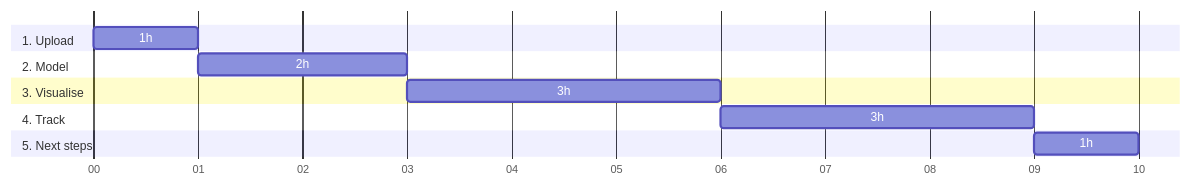
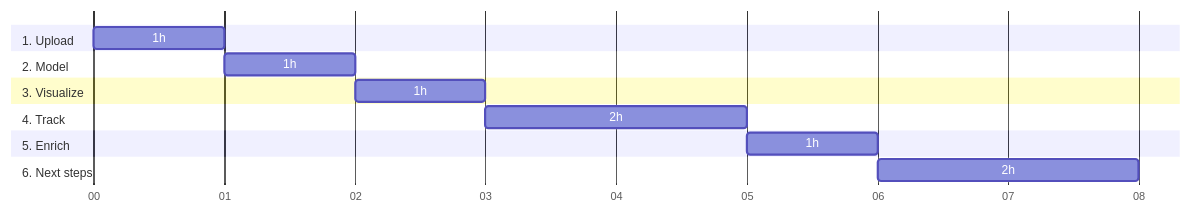
One commit to snowplow-incubator/data-product-accelerators changed the diagram in content/web/_index.md. Above: the diagram before and after it, drawn with Mermaid. The commit also changed other lines of this file and 306 other files, not shown here.

```diff
--- a/content/web/_index.md
+++ b/content/web/_index.md
@@ -87,16 +41,18 @@
 {{<mermaid>}}
 gantt
         dateFormat  HH-mm
         axisFormat %M
         section 1. Upload
         1h          :upload, 00-00, 1m
         section 2. Model
-        2h          :model, after upload, 2m
-        section 3. Visualise
-        3h          :visualise, after model, 3m
+        1h          :model, after upload, 1m
+        section 3. Visualize
+        1h          :visualize, after model, 1m
         section 4. Track
-        3h          :track, after visualise, 3m
-        section 5. Next steps
-        1h          :next steps, after track, 1m
+        2h          :track, after visualize, 2m
+        section 5. Enrich
+        1h          :enrich, after track, 1m
+        section 6. Next steps
+        2h          :next steps, after enrich, 2m
 
 {{</mermaid >}}
```
